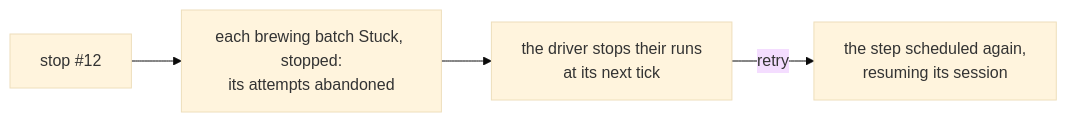
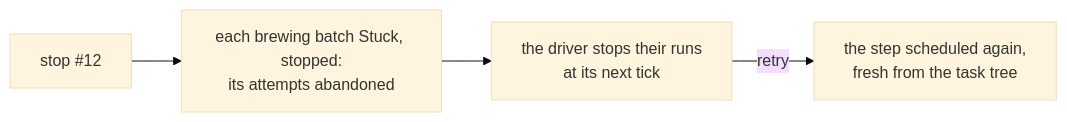
The second of 2 diagrams in docs/design/humans/pause.md (EdwinBekaert/foedrum), drawn with Mermaid (base theme) before and after one commit. The commit also changed other lines of this file and 2 other files, not shown here.

First line of the commit message:
Docs: a retry after a stop starts fresh and the stopped attempt counts, as for any abandoned attempt (review of #535)

````diff
--- a/docs/design/humans/pause.md
+++ b/docs/design/humans/pause.md
@@ -30,6 +30,6 @@
 ```mermaid
 flowchart LR
   S["stop #12"] --> K["each brewing batch Stuck, stopped:<br/>its attempts abandoned"]
   K --> D["the driver stops their runs<br/>at its next tick"]
-  D -->|"retry"| R["the step scheduled again,<br/>resuming its session"]
+  D -->|"retry"| R["the step scheduled again,<br/>fresh from the task tree"]
 ```
````
